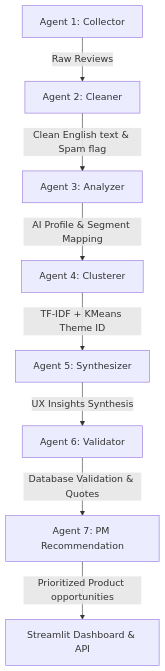
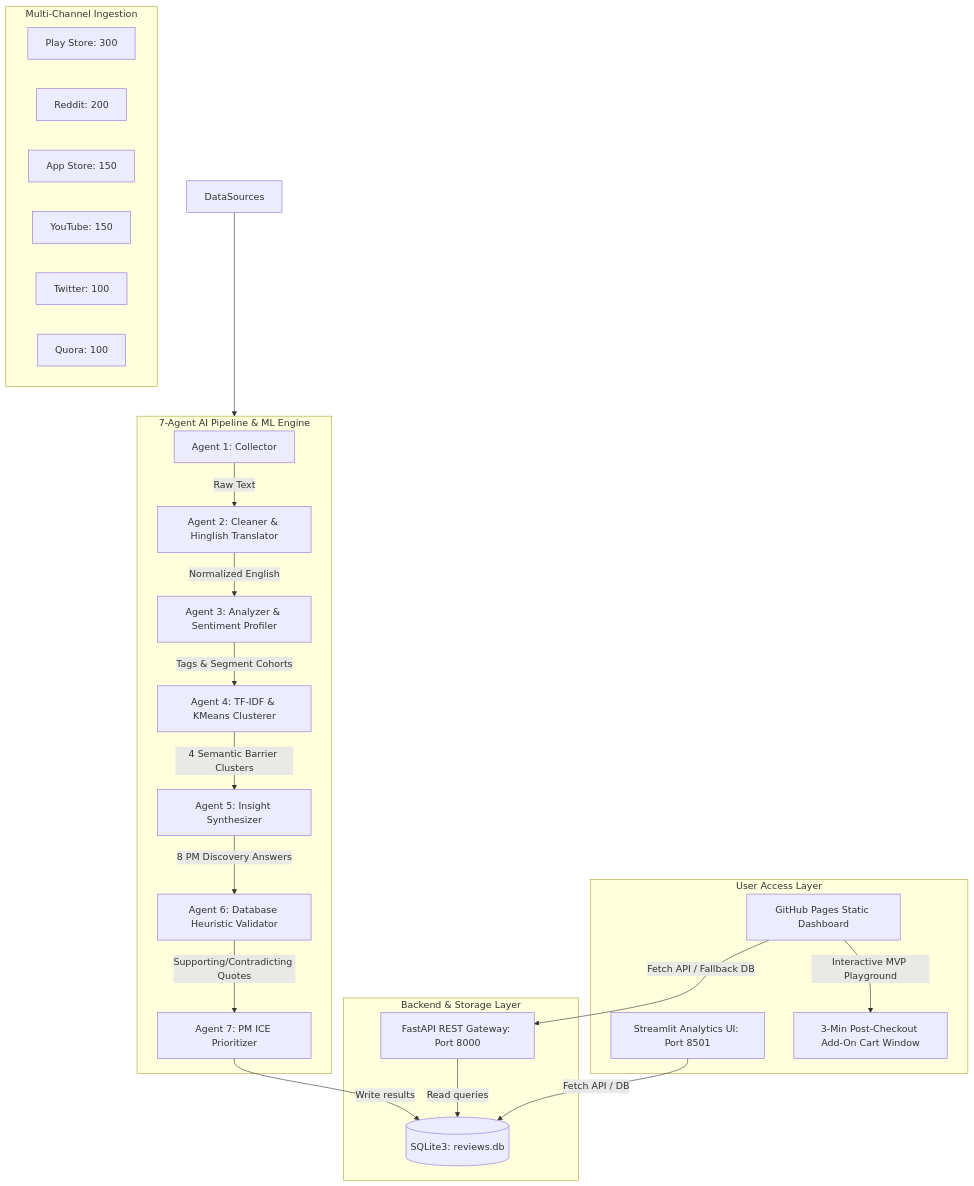
One commit to aashritamalviya1999/swiggy-instamart-discovery changed the diagram in README.md. Above: the diagram before and after it, drawn with Mermaid. The commit also changed other lines of this file, not shown here.

Commit message:
Rewrite README.md to showcase growth PM portfolio, system architectures, and live MVP links

````diff
--- a/README.md
+++ b/README.md
@@ -17,10 +22,37 @@
 ```mermaid
 graph TD
-    A[Agent 1: Collector] -->|Raw Reviews| B[Agent 2: Cleaner]
-    B -->|Clean English text & Spam flag| C[Agent 3: Analyzer]
-    C -->|AI Profile & Segment Mapping| D[Agent 4: Clusterer]
-    D -->|TF-IDF + KMeans Theme ID| E[Agent 5: Synthesizer]
-    E -->|UX Insights Synthesis| F[Agent 6: Validator]
-    F -->|Database Validation & Quotes| G[Agent 7: PM Recommendation]
-    G -->|Prioritized Product opportunities| H[Streamlit Dashboard & API]
+    %% Data Collection
+    subgraph Data Sources [Multi-Channel Ingestion]
+        DS1[Play Store: 300]
+        DS2[Reddit: 200]
+        DS3[App Store: 150]
+        DS4[YouTube: 150]
+        DS5[Twitter: 100]
+        DS6[Quora: 100]
+    end
+
+    %% Ingestion Pipeline
+    subgraph Ingestion [7-Agent AI Pipeline & ML Engine]
+        A1[Agent 1: Collector] -->|Raw Text| A2[Agent 2: Cleaner & Hinglish Translator]
+        A2 -->|Normalized English| A3[Agent 3: Analyzer & Sentiment Profiler]
+        A3 -->|Tags & Segment Cohorts| A4[Agent 4: TF-IDF & KMeans Clusterer]
+        A4 -->|4 Semantic Barrier Clusters| A5[Agent 5: Insight Synthesizer]
+        A5 -->|8 PM Discovery Answers| A6[Agent 6: Database Heuristic Validator]
+        A6 -->|Supporting/Contradicting Quotes| A7[Agent 7: PM ICE Prioritizer]
+    end
+
+    %% Storage & API
+    subgraph Core [Backend & Storage Layer]
+        A7 -->|Write results| DB[(SQLite3: reviews.db)]
+        API[FastAPI REST Gateway: Port 8000] -->|Read queries| DB
+    end
+
+    %% User Interfaces
+    subgraph Interfaces [User Access Layer]
+        Streamlit[Streamlit Analytics UI: Port 8501] -->|Fetch API / DB| DB
+        WebUI[GitHub Pages Static Dashboard] -->|Fetch API / Fallback DB| API
+        WebUI -->|Interactive MVP Playground| MVP[3-Min Post-Checkout Add-On Cart Window]
+    end
+
+    DataSources --> Ingestion
 ```
````
